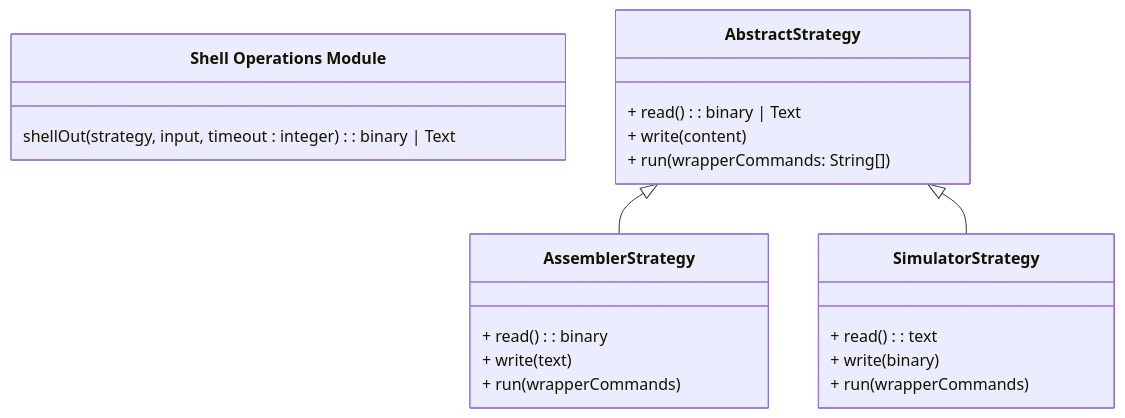
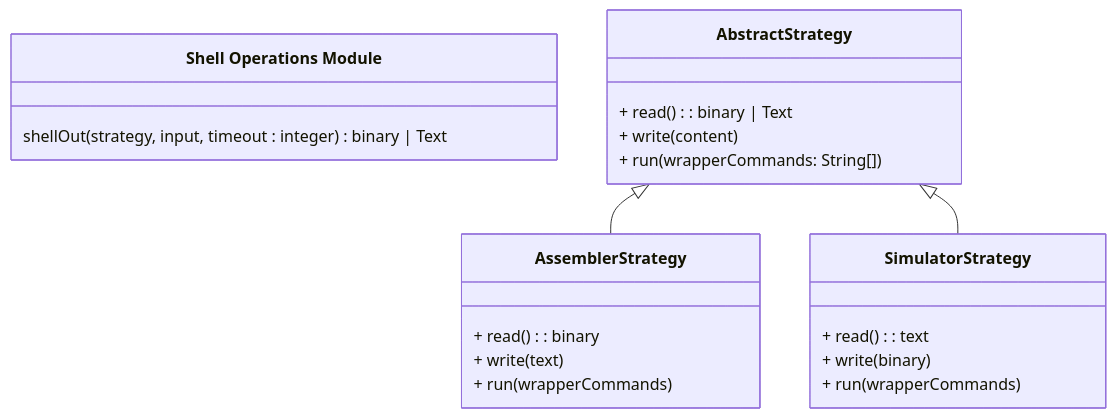
One commit to Wirt4/mmix-simulator changed the diagram in docs/service_architecture.md. Above: the diagram before and after it, drawn with Mermaid. The commit also changed other lines of this file, not shown here.

````diff
--- a/docs/service_architecture.md
+++ b/docs/service_architecture.md
@@ -45,25 +45,25 @@
 ```mermaid
 classDiagram
 direction TB
 class Shell ["Shell Operations Module"]{
-   shellOut(strategy, input, timeout : integer): binary | Text
+   shellOut(strategy, input, timeout : integer) binary | Text
 }
 	class AbstractStrategy{
 		+ read() : binary | Text
         + write (content)
         + run (wrapperCommands: String[])
 	}
 class AssemblerStrategy{
 		+ read() : binary
         + write (text)
         + run (wrapperCommands)
 	}
 class SimulatorStrategy{
 		+ read() : text
         + write (binary)
         + run (wrapperCommands)
 	}
  AbstractStrategy <|-- AssemblerStrategy
 AbstractStrategy <|-- SimulatorStrategy
 	
 ```
````
